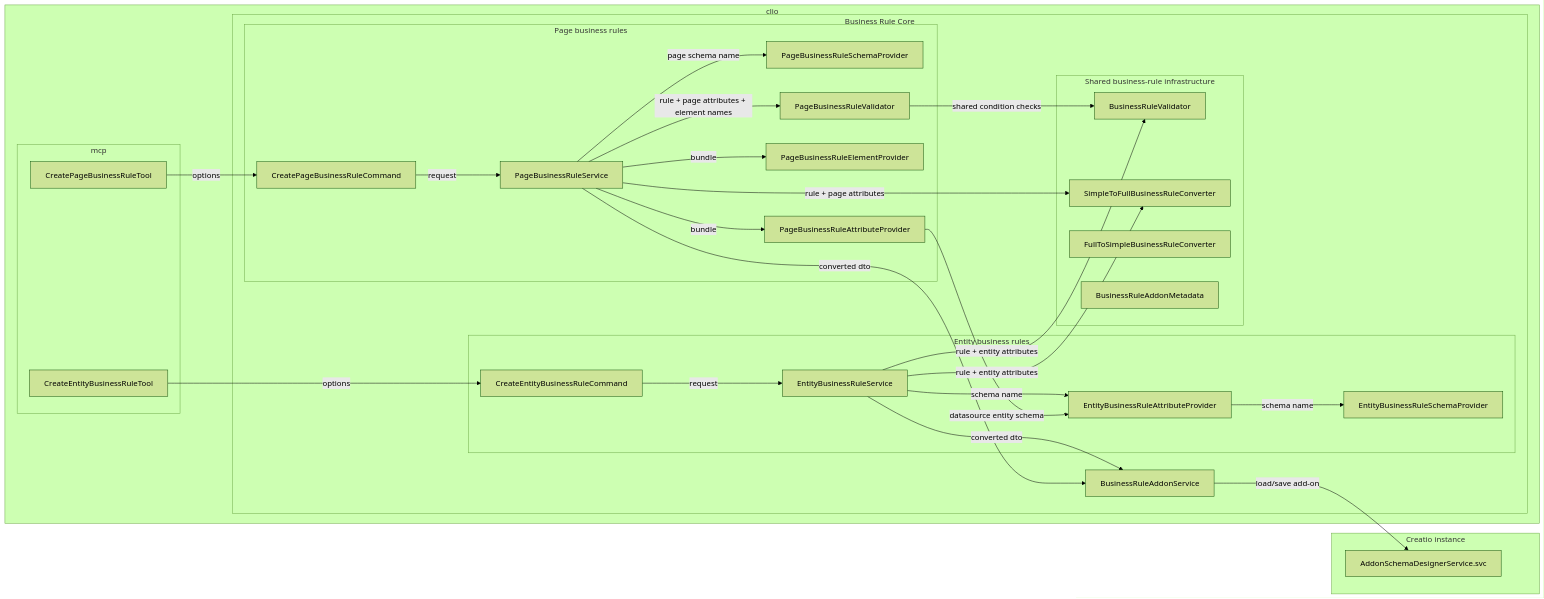
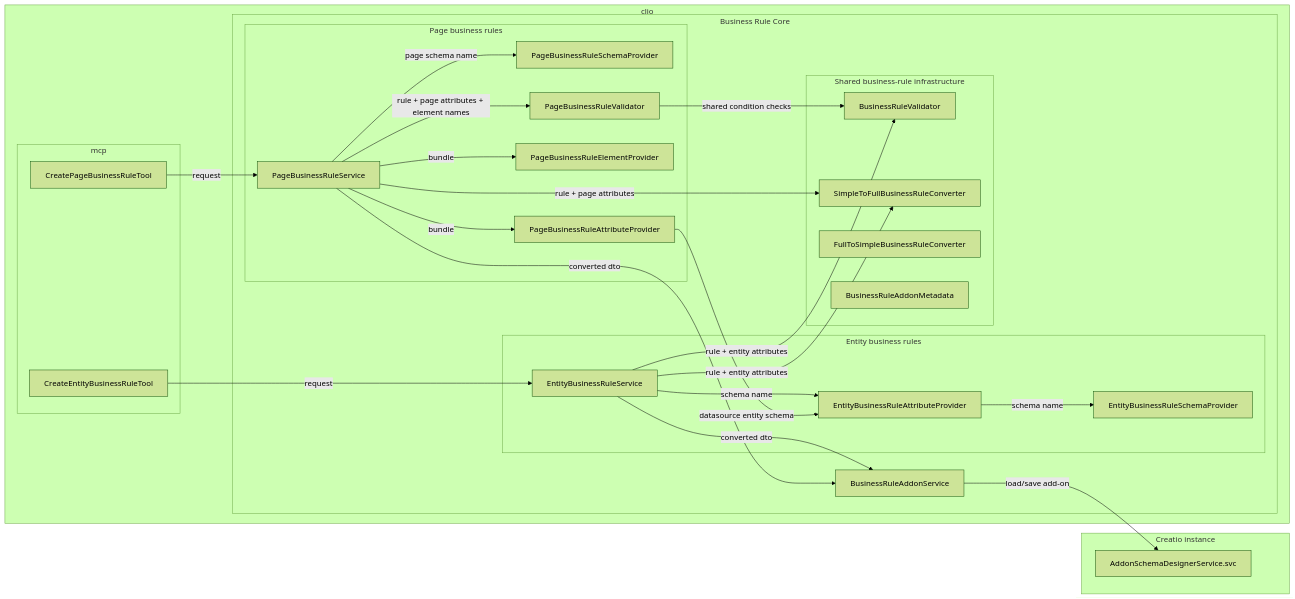
Before and after one commit to Advance-Technologies-Foundation/clio: the diagram in spec/business-rules/business-rules-architecture.md, drawn with Mermaid (forest theme). The commit also changed other lines of this file and 6 other files, not shown here.

````diff
--- a/spec/business-rules/business-rules-architecture.md
+++ b/spec/business-rules/business-rules-architecture.md
@@ -9,61 +9,57 @@
 ```mermaid
 flowchart LR
     subgraph Clio["clio"]
         subgraph MCP["mcp"]
             EntityTool["CreateEntityBusinessRuleTool"]
             PageTool["CreatePageBusinessRuleTool"]
         end
 
         subgraph Core["Business Rule Core"]
             subgraph EntityCore["Entity business rules"]
-                EntityCommand["CreateEntityBusinessRuleCommand"]
                 EntityService["EntityBusinessRuleService"]
                 EntitySchemaProvider["EntityBusinessRuleSchemaProvider"]
                 EntityAttributeProvider["EntityBusinessRuleAttributeProvider"]
             end
 
             subgraph PageCore["Page business rules"]
-                PageCommand["CreatePageBusinessRuleCommand"]
                 PageService["PageBusinessRuleService"]
                 PageSchemaProvider["PageBusinessRuleSchemaProvider"]
                 PageAttributeProvider["PageBusinessRuleAttributeProvider"]
                 PageElementProvider["PageBusinessRuleElementProvider"]
                 PageValidator["PageBusinessRuleValidator"]
             end
 
             subgraph SharedCore["Shared business-rule infrastructure"]
                 Validator["BusinessRuleValidator"]
                 Converter["SimpleToFullBusinessRuleConverter"]
                 Reader["FullToSimpleBusinessRuleConverter"]
                 Metadata["BusinessRuleAddonMetadata"]
             end
 
             AddonService["BusinessRuleAddonService"]
         end
     end
 
     subgraph Creatio["Creatio instance"]
         Addon["AddonSchemaDesignerService.svc"]
     end
 
-    EntityTool -->|"options"| EntityCommand
-    EntityCommand -->|"request"| EntityService
+    EntityTool -->|"request"| EntityService
     EntityService -->|"schema name"| EntityAttributeProvider
     EntityAttributeProvider -->|"schema name"| EntitySchemaProvider
     EntityService -->|"rule + entity attributes"| Validator
     EntityService -->|"rule + entity attributes"| Converter
     EntityService -->|"converted dto"| AddonService
 
-    PageTool -->|"options"| PageCommand
-    PageCommand -->|"request"| PageService
+    PageTool -->|"request"| PageService
     PageService -->|"page schema name"| PageSchemaProvider
     PageService -->|"bundle"| PageAttributeProvider
     PageAttributeProvider -->|"datasource entity schema"| EntityAttributeProvider
     PageService -->|"bundle"| PageElementProvider
     PageService -->|"rule + page attributes + element names"| PageValidator
     PageValidator -->|"shared condition checks"| Validator
     PageService -->|"rule + page attributes"| Converter
     PageService -->|"converted dto"| AddonService
 
     AddonService -->|"load/save add-on"| Addon
 ```
````
